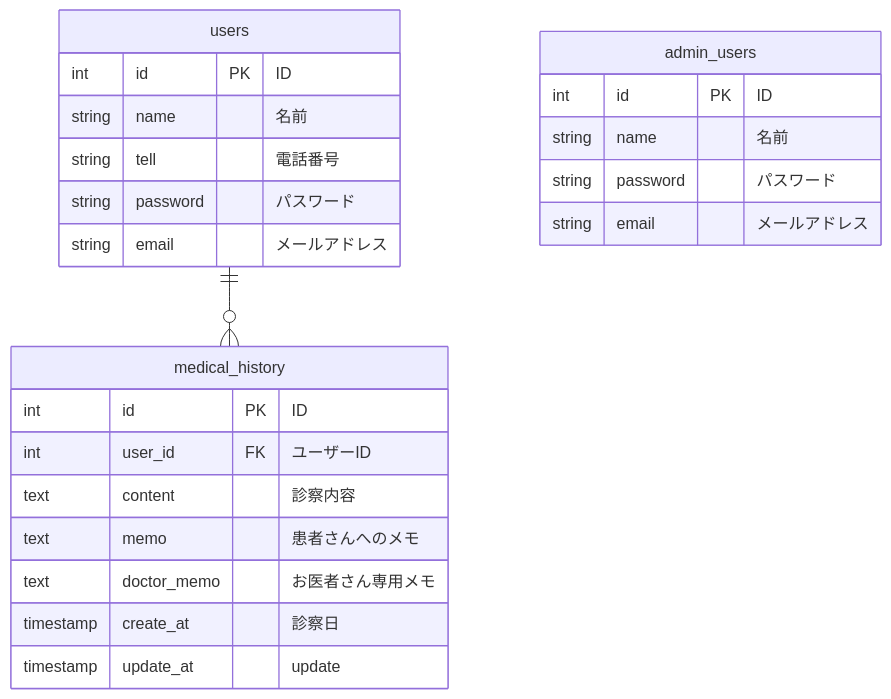
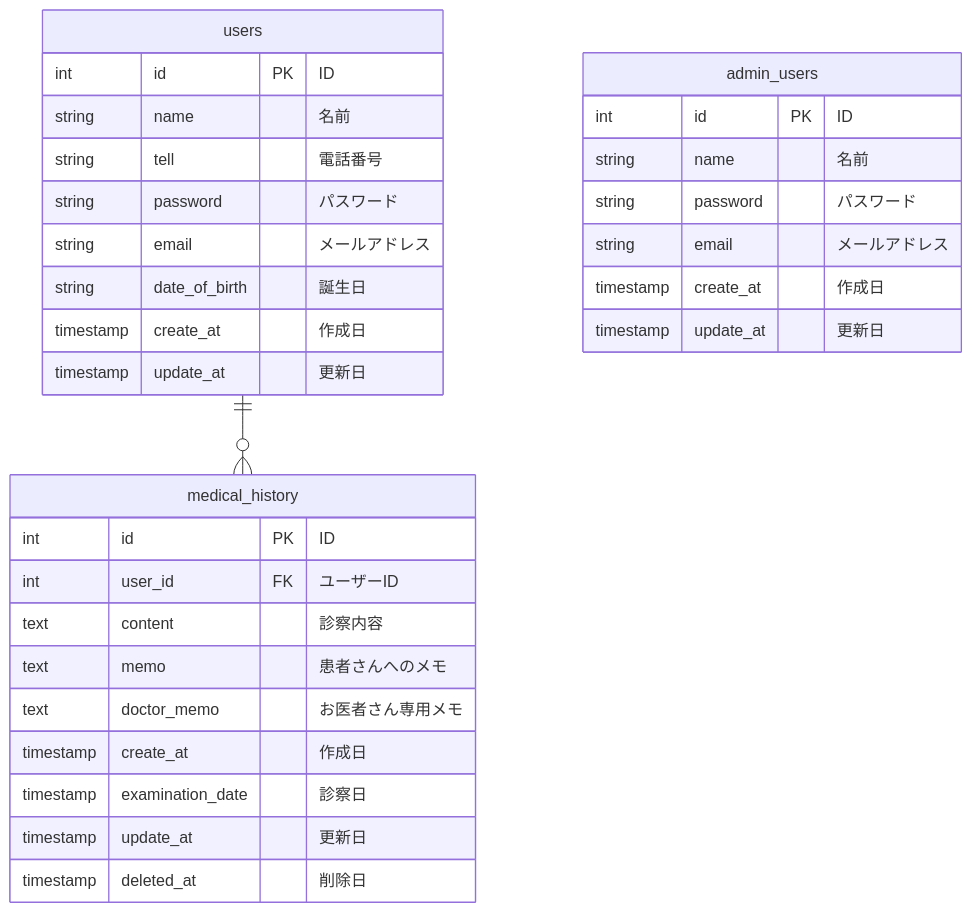
One commit to kubo-work/PortfolioSystemDesign changed the diagram in ER/er.md. Above: the diagram before and after it, drawn with Mermaid.

Commit message:
ER図更新

````diff
--- a/ER/er.md
+++ b/ER/er.md
@@ -1,31 +1,36 @@
 ```mermaid
 erDiagram
     users {
         int id PK "ID"
         string name "名前"
         string tell "電話番号"
         string password "パスワード"
         string email "メールアドレス"
+        string date_of_birth "誕生日"
+        timestamp create_at "作成日"
+        timestamp update_at "更新日"
     }
-
-    
 
     medical_history{
         int id PK "ID"
         int user_id FK "ユーザーID"
         text content "診察内容"
         text memo "患者さんへのメモ"
         text doctor_memo "お医者さん専用メモ"
-        timestamp create_at "診察日"
-        timestamp update_at "update" 
+        timestamp create_at "作成日"
+        timestamp examination_date "診察日"
+        timestamp update_at "更新日"
+        timestamp deleted_at "削除日"
     }
 
     admin_users{
         int id PK "ID"
         string name "名前"
         string password "パスワード"
         string email "メールアドレス"
+         timestamp create_at "作成日"
+        timestamp update_at "更新日" 
     }
 
     users ||--o{ medical_history: ""
 ```
````
